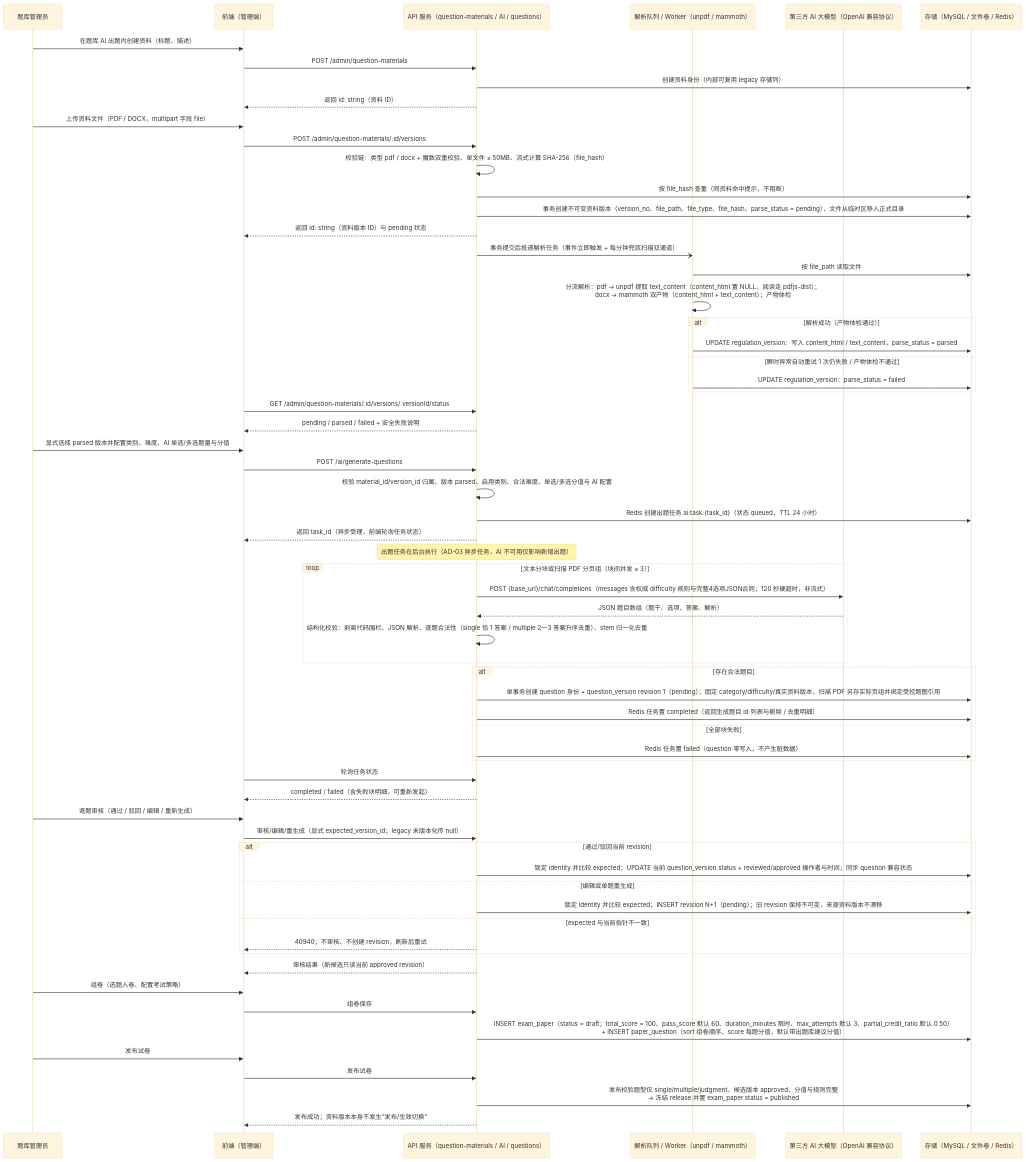
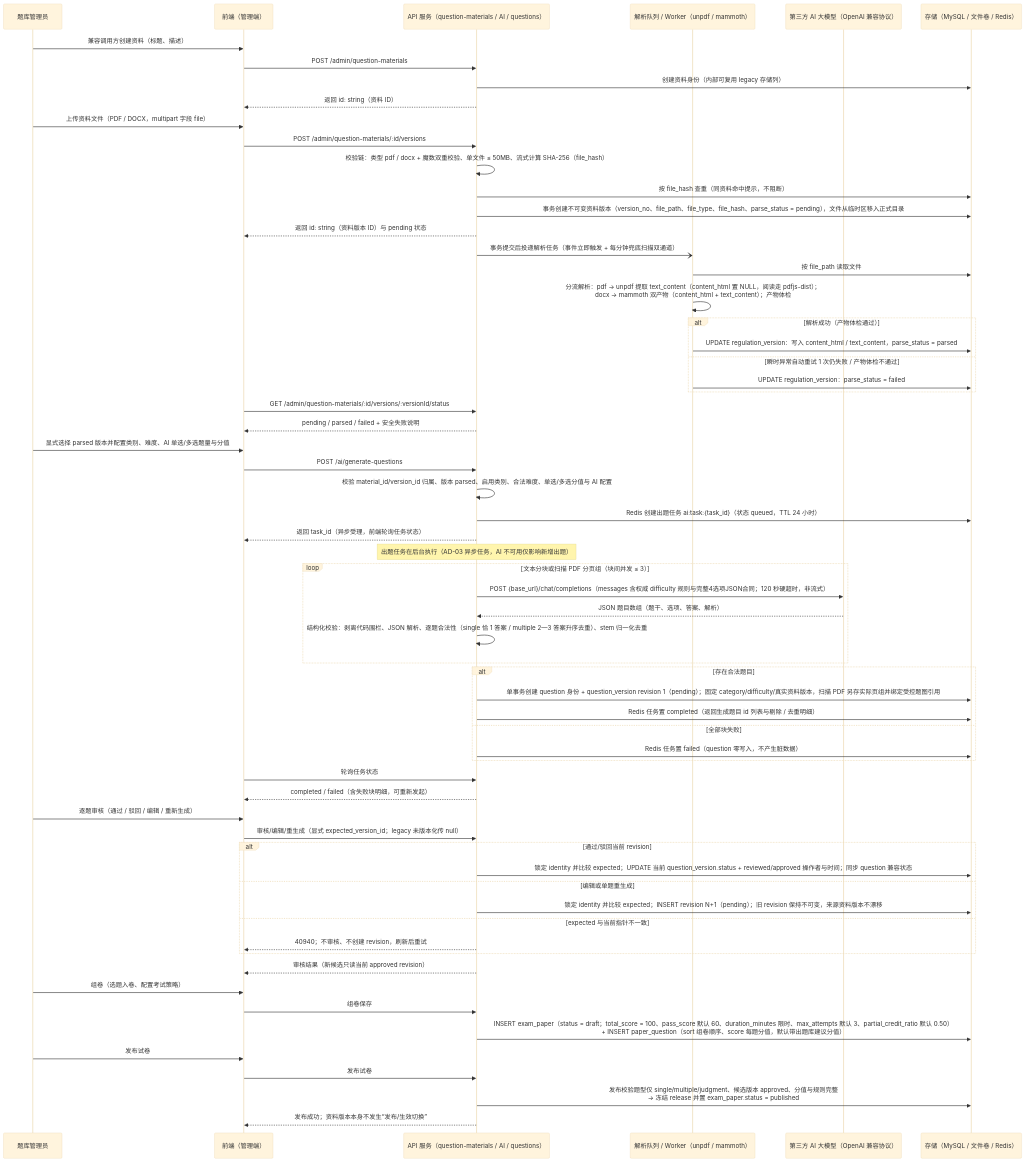
One commit to caoguanjie/emodor-exam changed the fifth of 23 diagrams in docs/design/06-关键流程.md. Above: the diagram before and after it, drawn with Mermaid (base theme). The commit also changed other lines of this file and 93 other files, not shown here.

````diff
--- a/docs/design/06-关键流程.md
+++ b/docs/design/06-关键流程.md
@@ -259,74 +268,74 @@
 ```mermaid
 sequenceDiagram
     participant RA as 题库管理员
     participant FE as 前端（管理端）
     participant API as API 服务（question-materials / AI / questions）
     participant W as 解析队列 / Worker（unpdf / mammoth）
     participant AI as 第三方 AI 大模型（OpenAI 兼容协议）
     participant ST as 存储（MySQL / 文件卷 / Redis）
 
-    RA ->> FE: 在题库 AI 出题内创建资料（标题、描述）
+    RA ->> FE: 兼容调用方创建资料（标题、描述）
     FE ->> API: POST /admin/question-materials
     API ->> ST: 创建资料身份（内部可复用 legacy 存储列）
     API -->> FE: 返回 id: string（资料 ID）
 
     RA ->> FE: 上传资料文件（PDF / DOCX，multipart 字段 file）
     FE ->> API: POST /admin/question-materials/:id/versions
     API ->> API: 校验链：类型 pdf / docx + 魔数双重校验、单文件 ≤ 50MB、流式计算 SHA-256（file_hash）
     API ->> ST: 按 file_hash 查重（同资料命中提示，不阻断）
     API ->> ST: 事务创建不可变资料版本（version_no、file_path、file_type、file_hash、parse_status = pending），文件从临时区移入正式目录
     API -->> FE: 返回 id: string（资料版本 ID）与 pending 状态
     API -) W: 事务提交后投递解析任务（事件立即触发 + 每分钟兜底扫描双通道）
 
     W ->> ST: 按 file_path 读取文件
     W ->> W: 分流解析：pdf → unpdf 提取 text_content（content_html 置 NULL，阅读走 pdfjs-dist）；<br/>docx → mammoth 双产物（content_html + text_content）；产物体检
     alt 解析成功（产物体检通过）
         W ->> ST: UPDATE regulation_version：写入 content_html / text_content，parse_status = parsed
     else 瞬时异常自动重试 1 次仍失败 / 产物体检不通过
         W ->> ST: UPDATE regulation_version：parse_status = failed
     end
     FE ->> API: GET /admin/question-materials/:id/versions/:versionId/status
     API -->> FE: pending / parsed / failed + 安全失败说明
 
     RA ->> FE: 显式选择 parsed 版本并配置类别、难度、AI 单选/多选题量与分值
     FE ->> API: POST /ai/generate-questions
     API ->> API: 校验 material_id/version_id 归属、版本 parsed、启用类别、合法难度、单选/多选分值与 AI 配置
     API ->> ST: Redis 创建出题任务 ai:task:{task_id}（状态 queued，TTL 24 小时）
     API -->> FE: 返回 task_id（异步受理，前端轮询任务状态）
 
     Note over API: 出题任务在后台执行（AD-03 异步任务，AI 不可用仅影响新增出题）
 
     loop 文本分块或扫描 PDF 分页组（块间并发 ≤ 3）
         API ->> AI: POST {base_url}/chat/completions（messages 含权威 difficulty 规则与完整4选项JSON合同；120 秒硬超时，非流式）
         AI -->> API: JSON 题目数组（题干、选项、答案、解析）
         API ->> API: 结构化校验：剥离代码围栏、JSON 解析、逐题合法性（single 恰 1 答案 / multiple 2—3 答案升序去重）、stem 归一化去重
     end
     alt 存在合法题目
         API ->> ST: 单事务创建 question 身份 + question_version revision 1（pending）；固定 category/difficulty/真实资料版本，扫描 PDF 另存实际页组并绑定受控题图引用
         API ->> ST: Redis 任务置 completed（返回生成题目 id 列表与剔除 / 去重明细）
     else 全部块失败
         API ->> ST: Redis 任务置 failed（question 零写入，不产生脏数据）
     end
     FE ->> API: 轮询任务状态
     API -->> FE: completed / failed（含失败块明细，可重新发起）
 
     RA ->> FE: 逐题审核（通过 / 驳回 / 编辑 / 重新生成）
     FE ->> API: 审核/编辑/重生成（显式 expected_version_id；legacy 未版本化传 null）
     alt 通过/驳回当前 revision
         API ->> ST: 锁定 identity 并比较 expected；UPDATE 当前 question_version.status + reviewed/approved 操作者与时间；同步 question 兼容状态
     else 编辑或单题重生成
         API ->> ST: 锁定 identity 并比较 expected；INSERT revision N+1（pending）；旧 revision 保持不可变，来源资料版本不漂移
     else expected 与当前指针不一致
         API -->> FE: 40940；不审核、不创建 revision，刷新后重试
     end
     API -->> FE: 审核结果（新候选只读当前 approved revision）
 
     RA ->> FE: 组卷（选题入卷、配置考试策略）
     FE ->> API: 组卷保存
     API ->> ST: INSERT exam_paper（status = draft；total_score = 100、pass_score 默认 60、duration_minutes 限时、max_attempts 默认 3、partial_credit_ratio 默认 0.50）<br/>+ INSERT paper_question（sort 组卷顺序、score 每题分值，默认带出题库建议分值）
 
     RA ->> FE: 发布试卷
     FE ->> API: 发布试卷
     API ->> ST: 发布校验题型仅 single/multiple/judgment、候选版本 approved、分值与规则完整<br/>→ 冻结 release 并置 exam_paper.status = published
     API -->> FE: 发布成功；资料版本本身不发生“发布/生效切换”
 ```
````
